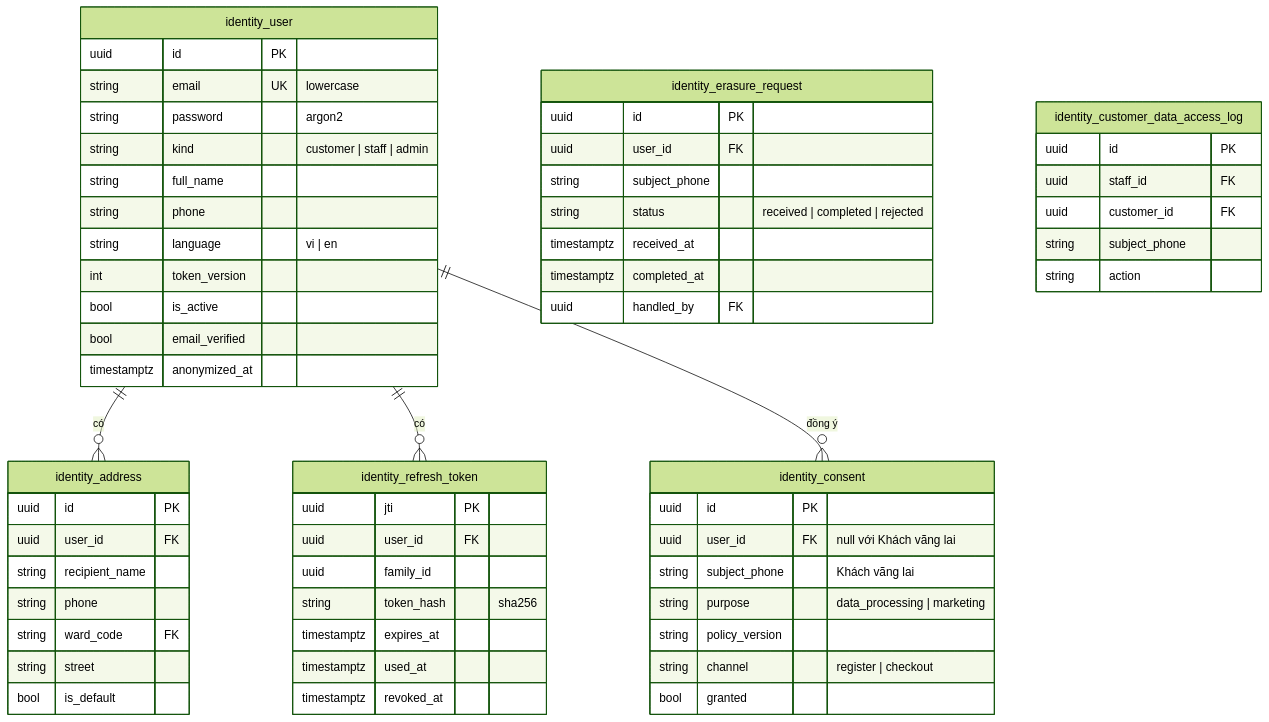
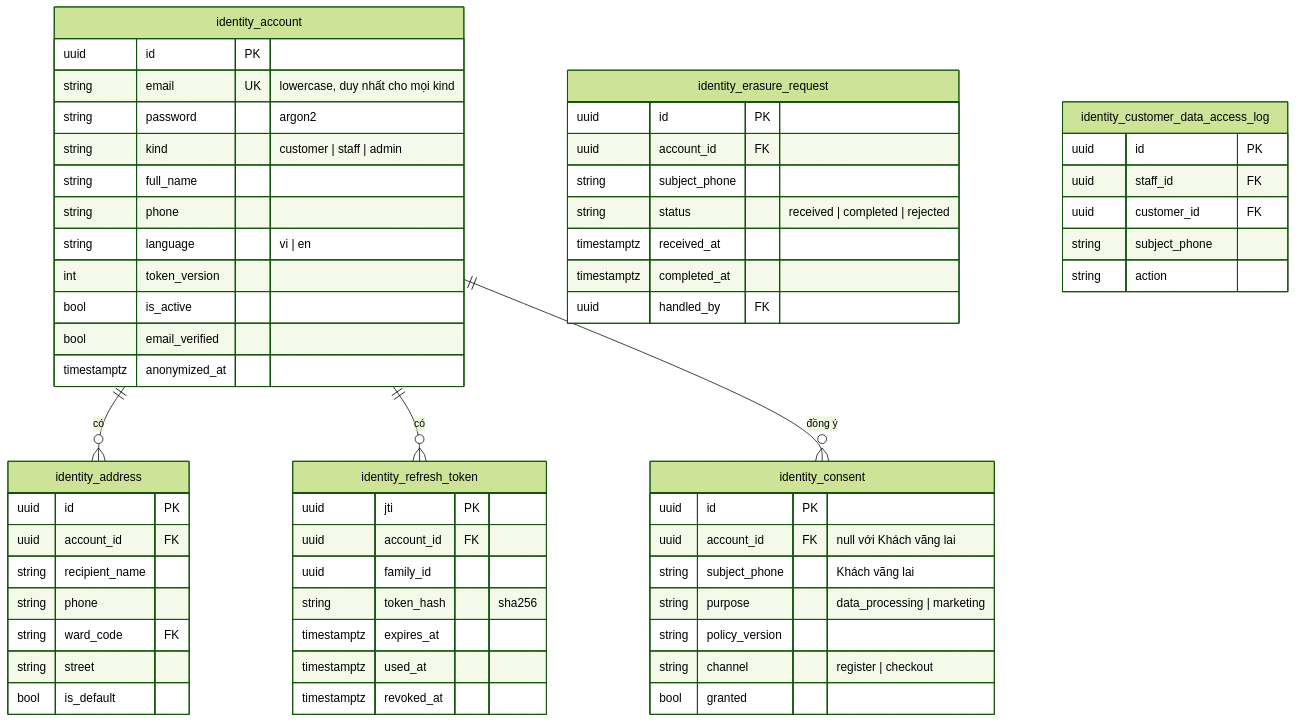
One commit to LuongCongThanh/boilerplate-ecommerce-next-16 changed the second of 9 diagrams in docs/architecture/03-data-model.md. Above: the diagram before and after it, drawn with Mermaid (forest theme). The commit also changed other lines of this file and 21 other files, not shown here.

First line of the commit message:
docs: resolve architecture review findings

````diff
--- a/docs/architecture/03-data-model.md
+++ b/docs/architecture/03-data-model.md
@@ -41,62 +58,62 @@
 ```mermaid
 erDiagram
-    identity_user ||--o{ identity_address : "có"
-    identity_user ||--o{ identity_refresh_token : "có"
-    identity_user ||--o{ identity_consent : "đồng ý"
-    identity_user {
+    identity_account ||--o{ identity_address : "có"
+    identity_account ||--o{ identity_refresh_token : "có"
+    identity_account ||--o{ identity_consent : "đồng ý"
+    identity_account {
         uuid id PK
-        string email UK "lowercase"
+        string email UK "lowercase, duy nhất cho mọi kind"
         string password "argon2"
         string kind "customer | staff | admin"
         string full_name
         string phone
         string language "vi | en"
         int token_version
         bool is_active
         bool email_verified
         timestamptz anonymized_at
     }
     identity_address {
         uuid id PK
-        uuid user_id FK
+        uuid account_id FK
         string recipient_name
         string phone
         string ward_code FK
         string street
         bool is_default
     }
     identity_refresh_token {
         uuid jti PK
-        uuid user_id FK
+        uuid account_id FK
         uuid family_id
         string token_hash "sha256"
         timestamptz expires_at
         timestamptz used_at
         timestamptz revoked_at
     }
     identity_consent {
         uuid id PK
-        uuid user_id FK "null với Khách vãng lai"
+        uuid account_id FK "null với Khách vãng lai"
         string subject_phone "Khách vãng lai"
         string purpose "data_processing | marketing"
         string policy_version
         string channel "register | checkout"
         bool granted
     }
     identity_erasure_request {
         uuid id PK
-        uuid user_id FK
+        uuid account_id FK
         string subject_phone
         string status "received | completed | rejected"
         timestamptz received_at
         timestamptz completed_at
         uuid handled_by FK
     }
     identity_customer_data_access_log {
         uuid id PK
         uuid staff_id FK
         uuid customer_id FK
         string subject_phone
         string action
     }
 ```
````
